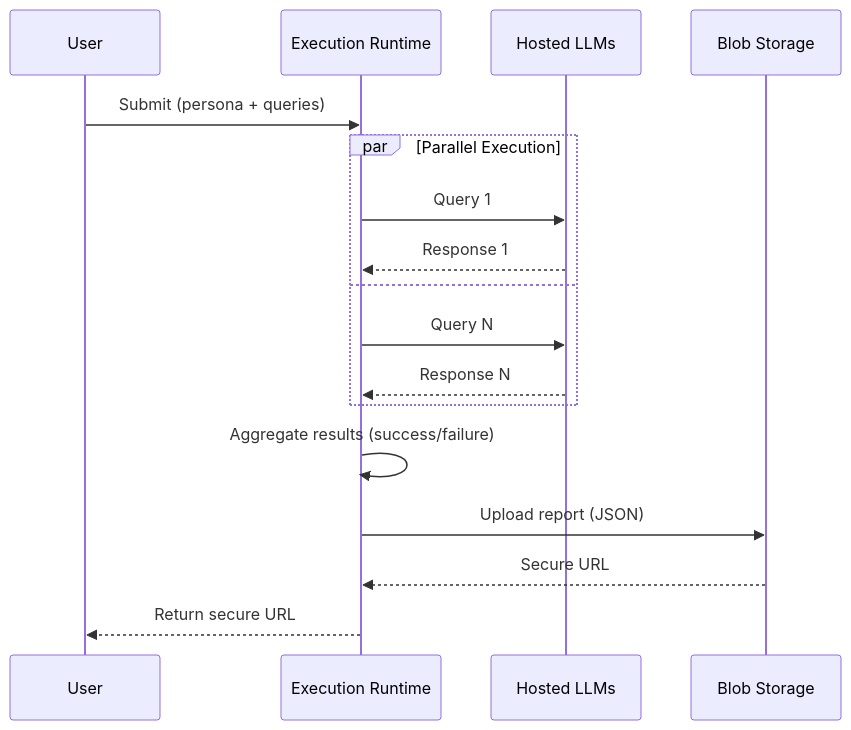
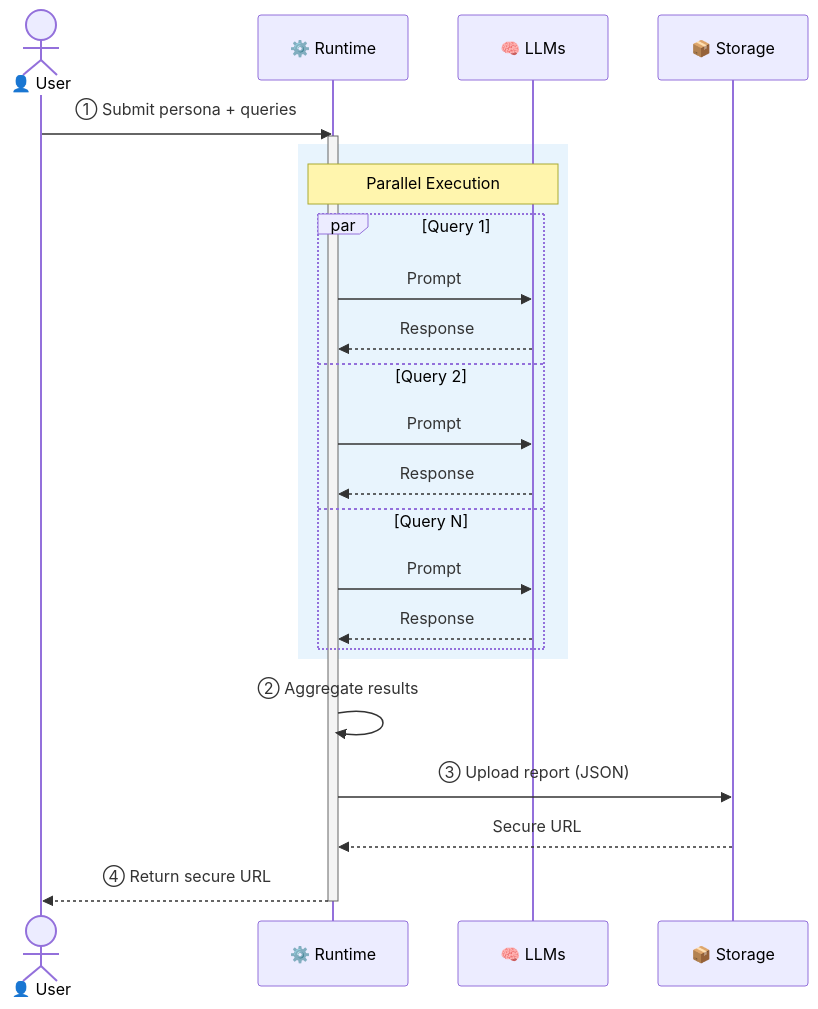
One commit to ks6088ts/template-github-copilot changed the second of 5 diagrams in docs/copilot_report_forge/architecture.md. Above: the diagram before and after it, drawn with Mermaid. The commit also changed other lines of this file and 10 other files, not shown here.

````diff
--- a/docs/copilot_report_forge/architecture.md
+++ b/docs/copilot_report_forge/architecture.md
@@ -89,22 +94,30 @@
 ```mermaid
 sequenceDiagram
-    participant User
-    participant Runtime as Execution Runtime
-    participant LLM as Hosted LLMs
-    participant Storage as Blob Storage
+    actor User as 👤 User
+    participant RT as ⚙️ Runtime
+    participant LLM as 🧠 LLMs
+    participant ST as 📦 Storage
 
-    User->>Runtime: Submit (persona + queries)
+    User->>RT: ① Submit persona + queries
+    activate RT
 
-    par Parallel Execution
-        Runtime->>LLM: Query 1
-        LLM-->>Runtime: Response 1
-    and
-        Runtime->>LLM: Query N
-        LLM-->>Runtime: Response N
+    rect rgb(232, 244, 253)
+        note over RT,LLM: Parallel Execution
+        par Query 1
+            RT->>LLM: Prompt
+            LLM-->>RT: Response
+        and Query 2
+            RT->>LLM: Prompt
+            LLM-->>RT: Response
+        and Query N
+            RT->>LLM: Prompt
+            LLM-->>RT: Response
+        end
     end
 
-    Runtime->>Runtime: Aggregate results (success/failure)
-    Runtime->>Storage: Upload report (JSON)
-    Storage-->>Runtime: Secure URL
-    Runtime-->>User: Return secure URL
+    RT->>RT: ② Aggregate results
+    RT->>ST: ③ Upload report (JSON)
+    ST-->>RT: Secure URL
+    RT-->>User: ④ Return secure URL
+    deactivate RT
 ```
````
